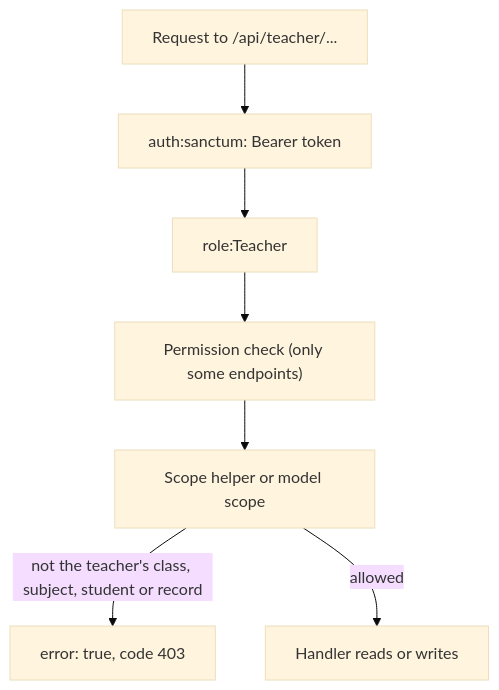
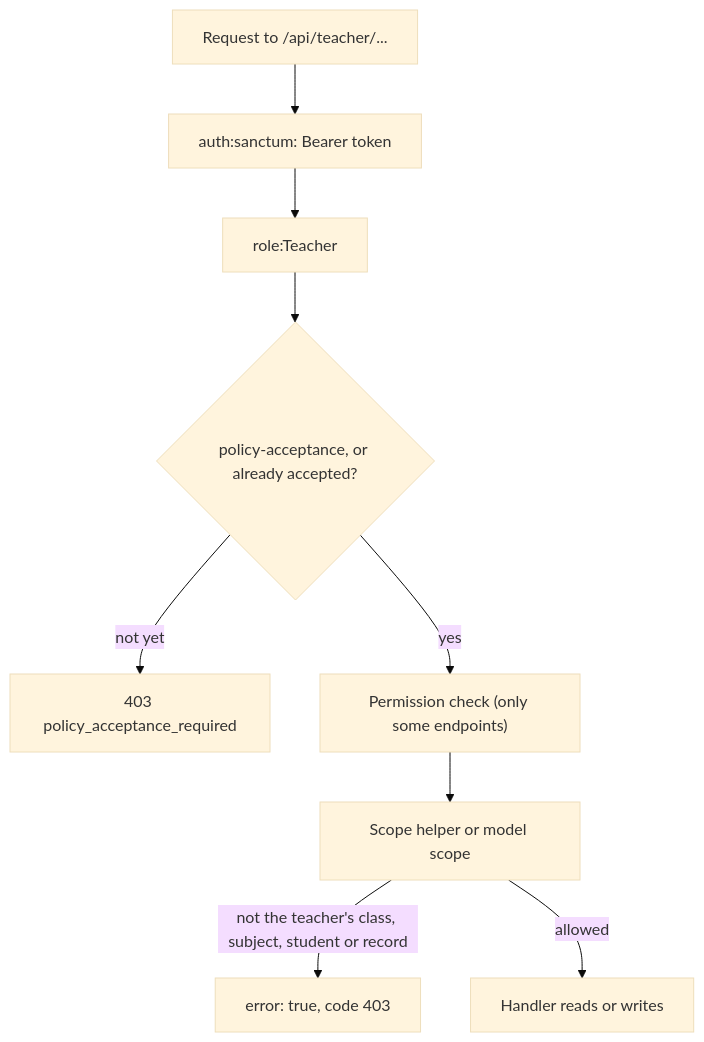
Before and after one commit to ShawnDaPrawn/Eschool: the diagram in wiki/API-Teacher.md, drawn with Mermaid (base theme). The commit also changed other lines of this file and 35 other files, not shown here.

````diff
--- a/wiki/API-Teacher.md
+++ b/wiki/API-Teacher.md
@@ -91,9 +91,11 @@
 ```mermaid
 flowchart TD
     A["Request to /api/teacher/..."] --> B["auth:sanctum: Bearer token"]
     B --> C["role:Teacher"]
-    C --> D["Permission check (only some endpoints)"]
+    C --> P{"policy-acceptance, or already accepted?"}
+    P -- "not yet" --> X["403 policy_acceptance_required"]
+    P -- yes --> D["Permission check (only some endpoints)"]
     D --> E["Scope helper or model scope"]
     E -->|"not the teacher's class, subject, student or record"| F["error: true, code 403"]
     E -->|"allowed"| G["Handler reads or writes"]
 ```
````
